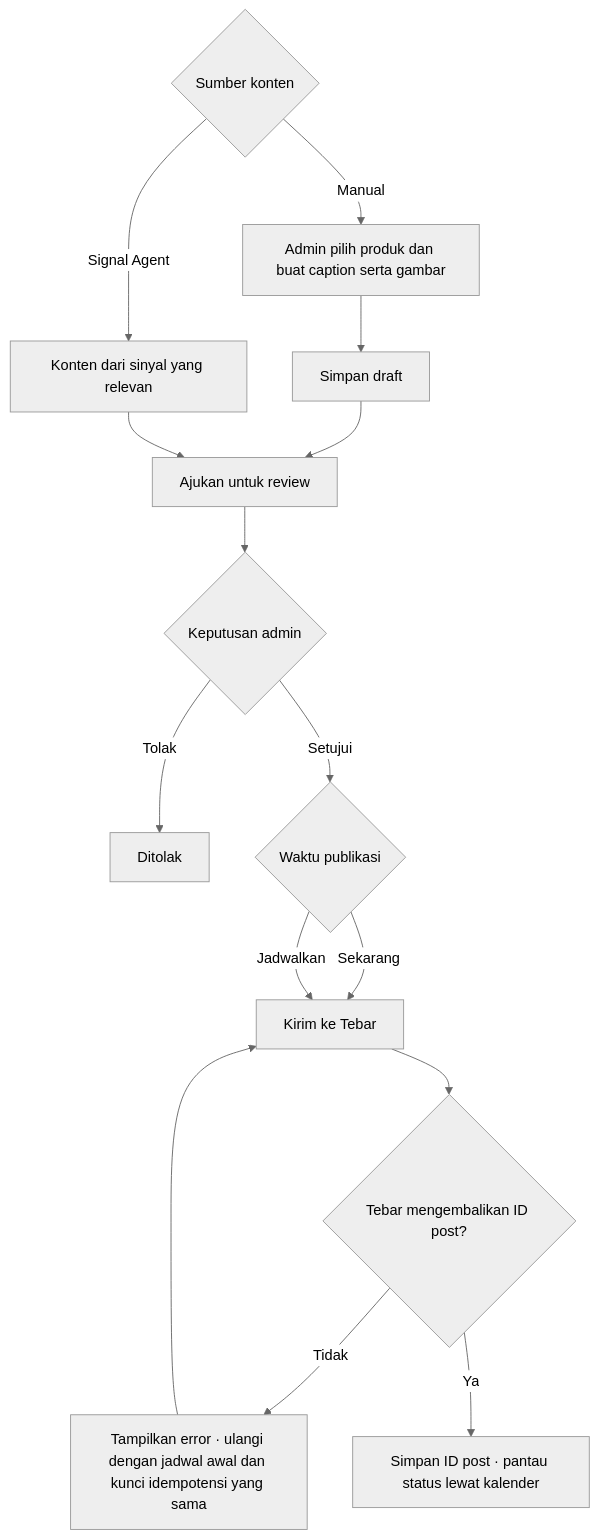
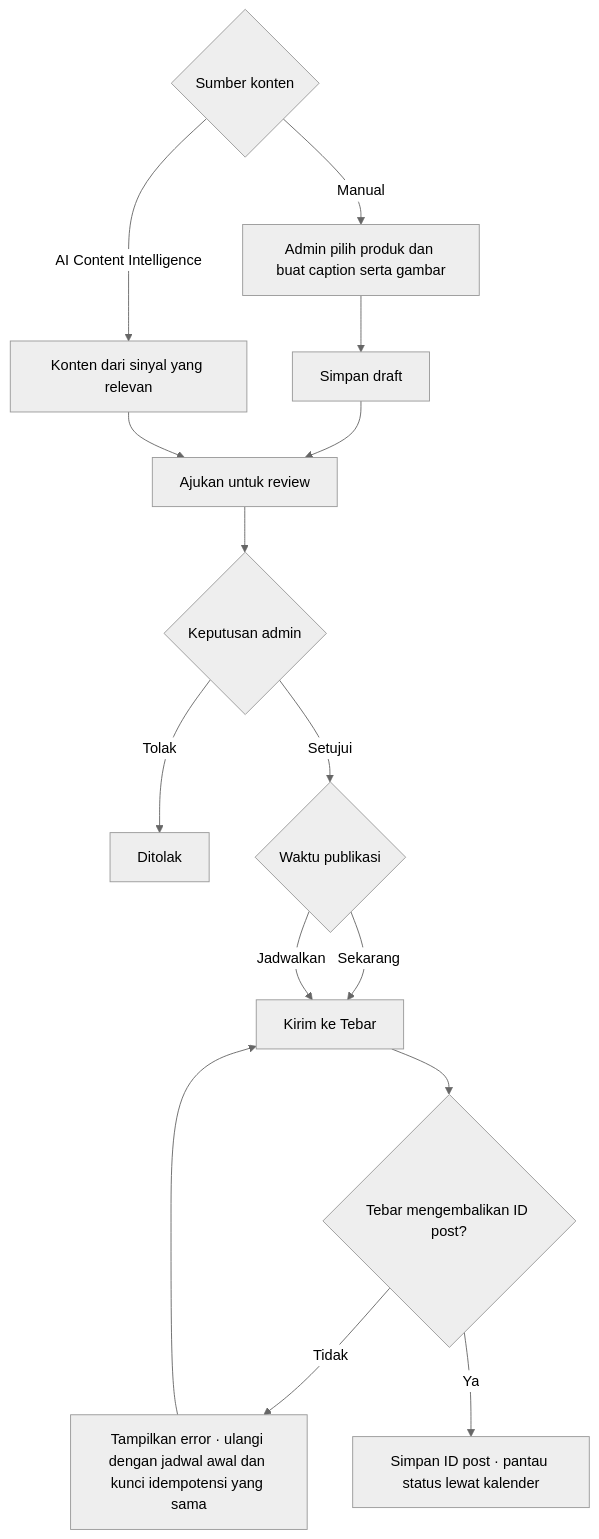
One commit to Septiodwi/Pulse-AI changed the second of 5 diagrams in README.md. Above: the diagram before and after it, drawn with Mermaid (neutral theme). The commit also changed other lines of this file and 17 other files, not shown here.

````diff
--- a/README.md
+++ b/README.md
@@ -74,17 +74,17 @@
 ```mermaid
 flowchart TD
     Start{"Sumber konten"} -->|"Manual"| Manual["Admin pilih produk dan buat caption serta gambar"]
-    Start -->|"Signal Agent"| Signal["Konten dari sinyal yang relevan"]
+    Start -->|"AI Content Intelligence"| Signal["Konten dari sinyal yang relevan"]
     Manual --> Draft["Simpan draft"]
     Draft --> Review["Ajukan untuk review"]
     Signal --> Review
     Review --> Decision{"Keputusan admin"}
     Decision -->|"Tolak"| Rejected["Ditolak"]
     Decision -->|"Setujui"| Timing{"Waktu publikasi"}
     Timing -->|"Sekarang"| Send["Kirim ke Tebar"]
     Timing -->|"Jadwalkan"| Send
     Send --> Result{"Tebar mengembalikan ID post?"}
     Result -->|"Tidak"| Retry["Tampilkan error · ulangi dengan jadwal awal dan kunci idempotensi yang sama"]
     Retry --> Send
     Result -->|"Ya"| Calendar["Simpan ID post · pantau status lewat kalender"]
 ```
````
